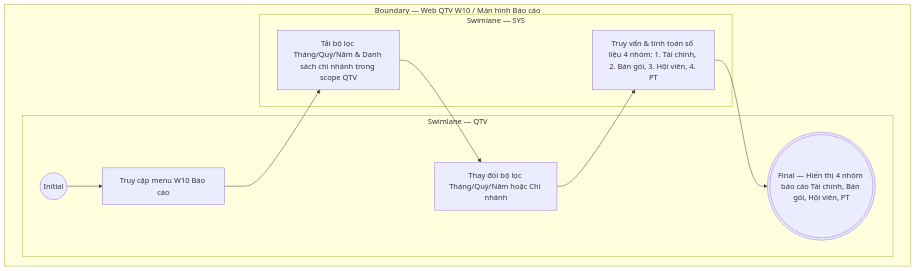
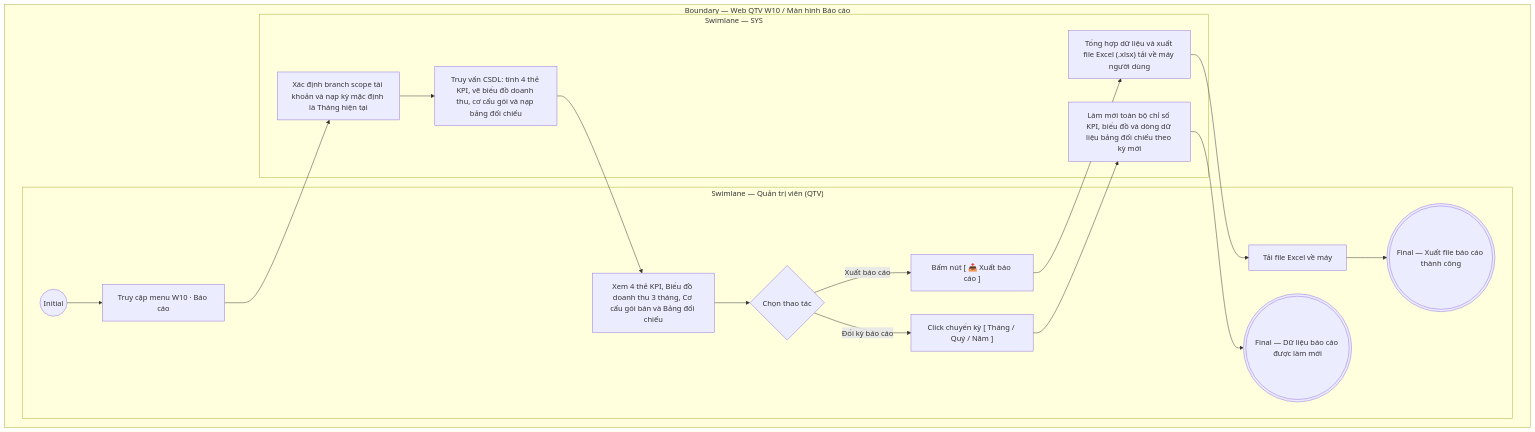
The diagram in docs/user-stories/qtv/QTV-W10-Báo cáo/QTV-W10-US01-Xem báo cáo tổng hợp.md (ThachY-23120411/Paradise-Gym-v2), drawn with Mermaid before and after one commit. The commit also changed other lines of this file and 97 other files, not shown here.

````diff
--- a/docs/user-stories/qtv/QTV-W10-Báo cáo/QTV-W10-US01-Xem báo cáo tổng hợp.md
+++ b/docs/user-stories/qtv/QTV-W10-Báo cáo/QTV-W10-US01-Xem báo cáo tổng hợp.md
@@ -53,19 +91,33 @@
 ```mermaid
 flowchart TB
   subgraph B["Boundary — Web QTV W10 / Màn hình Báo cáo"]
-    subgraph L0["Swimlane — QTV"]
+    subgraph L0["Swimlane — Quản trị viên (QTV)"]
       I01(("Initial"))
-      A01["Truy cập menu W10 Báo cáo"]
-      A02["Thay đổi bộ lọc Tháng/Quý/Năm hoặc Chi nhánh"]
-      F01((("Final — Hiển thị 4 nhóm báo cáo Tài chính, Bán gói, Hội viên, PT")))
+      A01["Truy cập menu W10 · Báo cáo"]
+      A02["Xem 4 thẻ KPI, Biểu đồ doanh thu 3 tháng, Cơ cấu gói bán và Bảng đối chiếu"]
+      A03{"Chọn thao tác"}
+      A04["Click chuyển kỳ [ Tháng / Quý / Năm ]"]
+      A05["Bấm nút [ 📥 Xuất báo cáo ]"]
+      A06["Tải file Excel về máy"]
+      F01((("Final — Dữ liệu báo cáo được làm mới")))
+      F02((("Final — Xuất file báo cáo thành công")))
+
       I01 --> A01
+      A02 --> A03
+      A03 -->|Đổi kỳ báo cáo| A04
+      A03 -->|Xuất báo cáo| A05
+      A06 --> F02
     end
+
     subgraph L1["Swimlane — SYS"]
-      S01["Tải bộ lọc Tháng/Quý/Năm & Danh sách chi nhánh trong scope QTV"]
-      S02["Truy vấn & tính toán số liệu 4 nhóm: 1. Tài chính, 2. Bán gói, 3. Hội viên, 4. PT"]
-      A01 --> S01
-      A02 --> S02 --> F01
-      S01 --> A02
+      S01["Xác định branch scope tài khoản và nạp kỳ mặc định là Tháng hiện tại"]
+      S02["Truy vấn CSDL: tính 4 thẻ KPI, vẽ biểu đồ doanh thu, cơ cấu gói và nạp bảng đối chiếu"]
+      S03["Làm mới toàn bộ chỉ số KPI, biểu đồ và dòng dữ liệu bảng đối chiếu theo kỳ mới"]
+      S04["Tổng hợp dữ liệu và xuất file Excel (.xlsx) tải về máy người dùng"]
+
+      A01 --> S01 --> S02 --> A02
+      A04 --> S03 --> F01
+      A05 --> S04 --> A06
     end
   end
 ```
````
